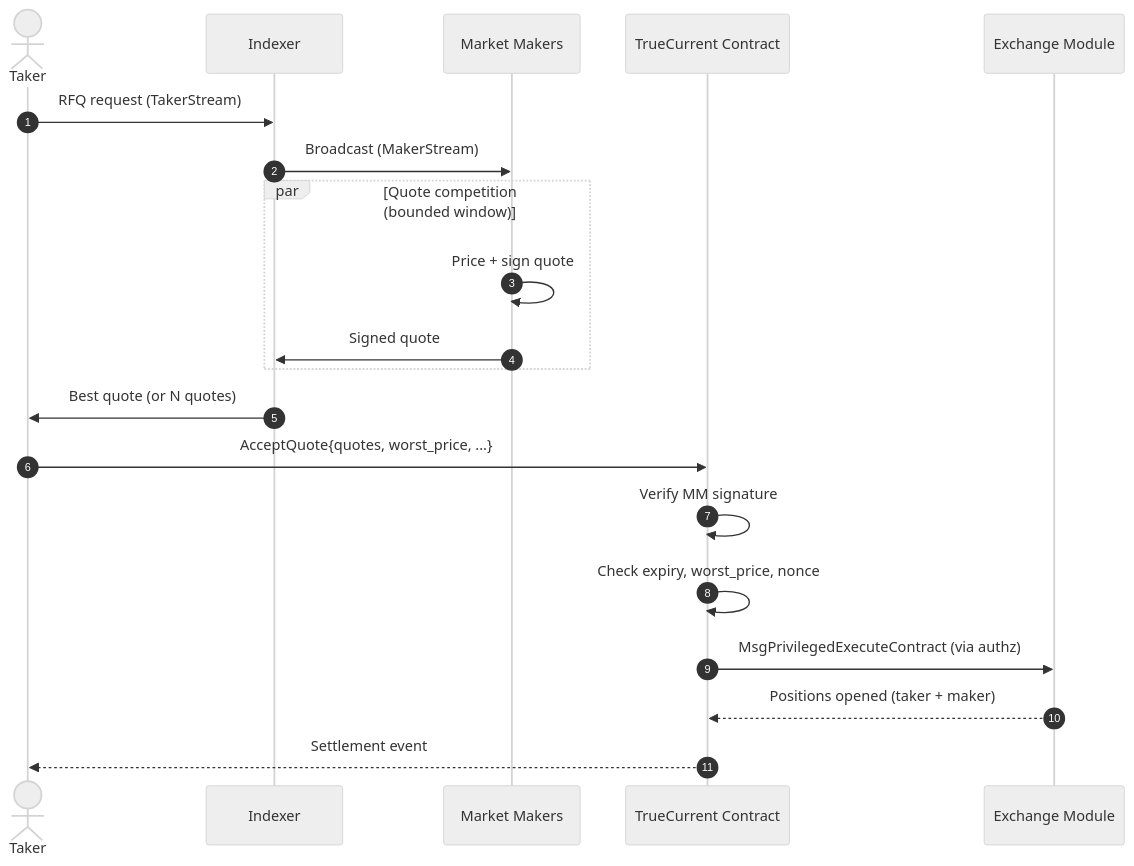
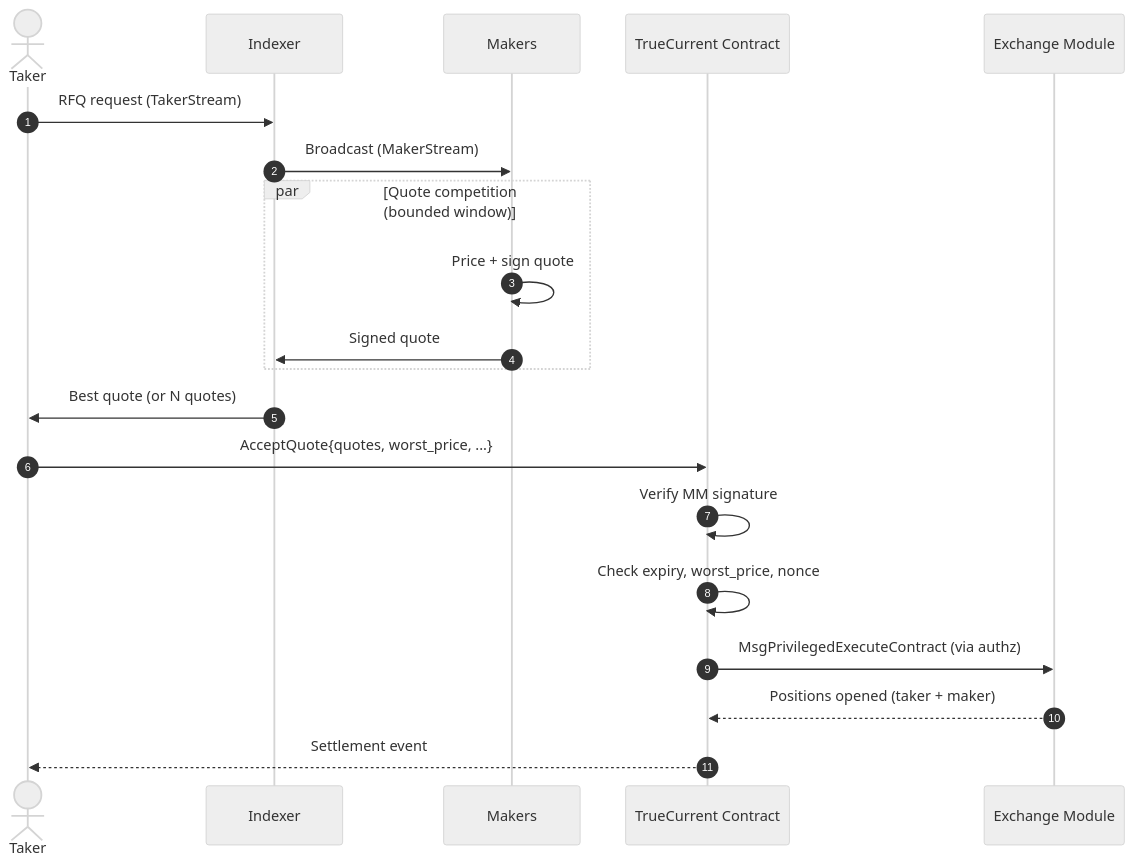
One commit to TrueCurrent/truecurrent-docs changed the second of 2 diagrams in mintlify/technical/architecture.md. Above: the diagram before and after it, drawn with Mermaid (neutral theme). The commit also changed other lines of this file and 55 other files, not shown here.

````diff
--- a/mintlify/technical/architecture.md
+++ b/mintlify/technical/architecture.md
@@ -83,26 +83,26 @@
 ```mermaid
 sequenceDiagram
     autonumber
     actor Taker
     participant Indexer
-    participant MMs as Market Makers
+    participant MMs as Makers
     participant Contract as TrueCurrent Contract
     participant Exchange as Exchange Module
 
     Taker->>Indexer: RFQ request (TakerStream)
     Indexer->>MMs: Broadcast (MakerStream)
 
     par Quote competition<br/>(bounded window)
         MMs->>MMs: Price + sign quote
         MMs->>Indexer: Signed quote
     end
 
     Indexer->>Taker: Best quote (or N quotes)
     Taker->>Contract: AcceptQuote{quotes, worst_price, ...}
 
     Contract->>Contract: Verify MM signature
     Contract->>Contract: Check expiry, worst_price, nonce
     Contract->>Exchange: MsgPrivilegedExecuteContract (via authz)
     Exchange-->>Contract: Positions opened (taker + maker)
     Contract-->>Taker: Settlement event
 ```
````
